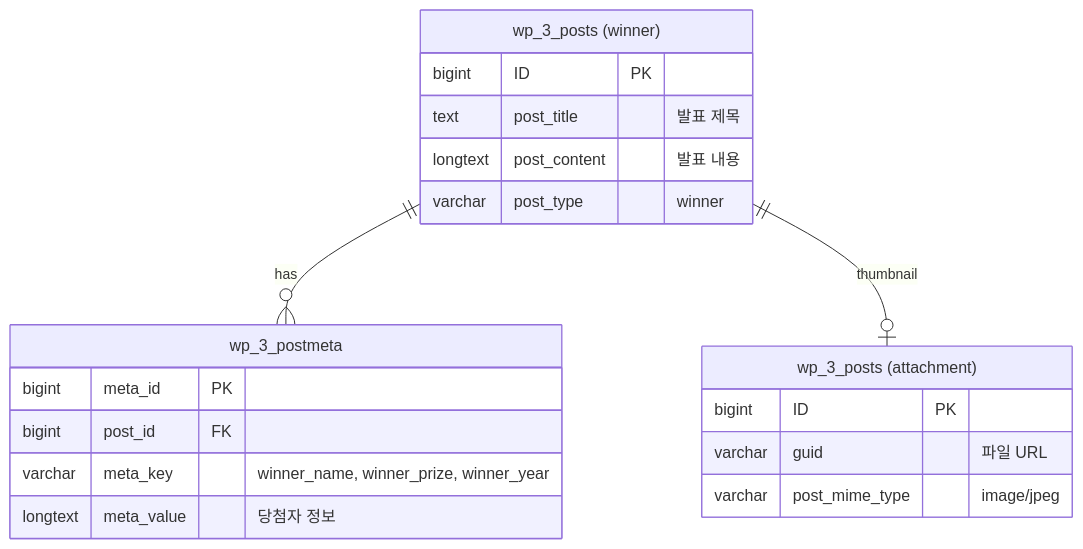
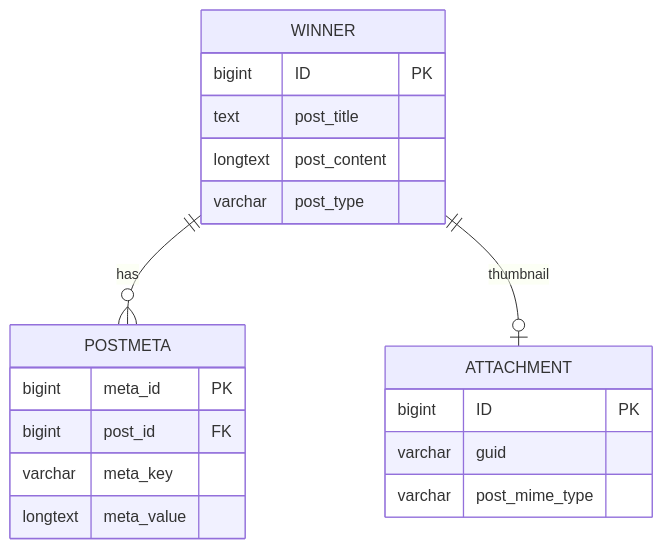
Before and after one commit to sknkwoxs/manual-book: diagram 13 of 15 in src/content/docs/samhwa-musuem/specification/04-DB-ERD.md, drawn with Mermaid. The commit also changed other lines of this file and 16 other files, not shown here.

First line of the commit message:
docs(samhwa-musuem): add numbering system, update archive docs, fix mermaid ERD

````diff
--- a/src/content/docs/samhwa-musuem/specification/04-DB-ERD.md
+++ b/src/content/docs/samhwa-musuem/specification/04-DB-ERD.md
@@ -369,25 +365,25 @@
 ```mermaid
 erDiagram
     WINNER ||--o{ POSTMETA : "has"
     WINNER ||--o| ATTACHMENT : "thumbnail"
 
-    WINNER["wp_3_posts (winner)"] {
+    WINNER {
         bigint ID PK
-        text post_title "발표 제목"
-        longtext post_content "발표 내용"
-        varchar post_type "winner"
+        text post_title
+        longtext post_content
+        varchar post_type
     }
 
-    POSTMETA["wp_3_postmeta"] {
+    POSTMETA {
         bigint meta_id PK
         bigint post_id FK
-        varchar meta_key "winner_name, winner_prize, winner_year"
-        longtext meta_value "당첨자 정보"
+        varchar meta_key
+        longtext meta_value
     }
 
-    ATTACHMENT["wp_3_posts (attachment)"] {
+    ATTACHMENT {
         bigint ID PK
-        varchar guid "파일 URL"
-        varchar post_mime_type "image/jpeg"
+        varchar guid
+        varchar post_mime_type
     }
 ```
````
